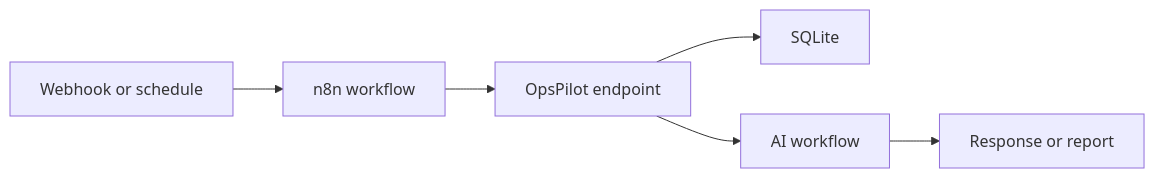
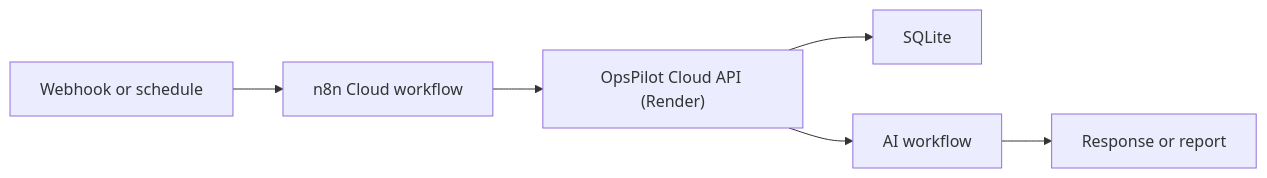
The fifth of 5 diagrams in docs/architecture.md (RashulRajput/internal-ops-automation), drawn with Mermaid before and after one commit. The commit also changed other lines of this file, not shown here.

Commit message:
docs: update architecture diagrams for cloud deployment

````diff
--- a/docs/architecture.md
+++ b/docs/architecture.md
@@ -97,8 +99,8 @@
 ```mermaid
 flowchart LR
-    W["Webhook or schedule"] --> N["n8n workflow"]
-    N --> API["OpsPilot endpoint"]
+    W["Webhook or schedule"] --> N["n8n Cloud workflow"]
+    N --> API["OpsPilot Cloud API (Render)"]
     API --> DB["SQLite"]
     API --> AI["AI workflow"]
     AI --> R["Response or report"]
 ```
````
